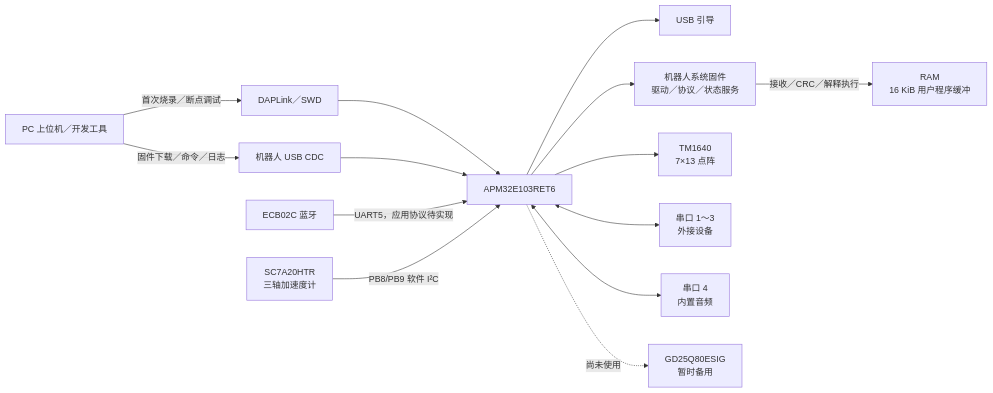
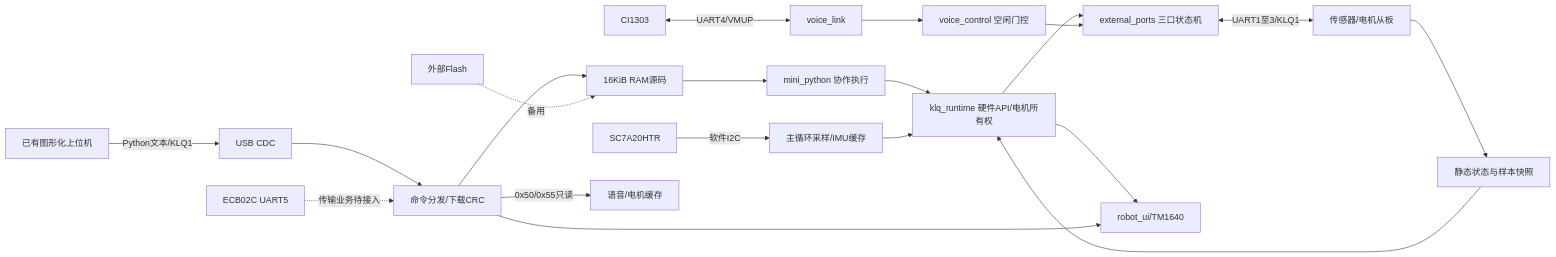
Before and after one commit to msl1831/KLQ_V2: the diagram in docs/architecture_current.md, drawn with Mermaid. The commit also changed other lines of this file and 5 other files, not shown here.

First line of the commit message:
Audit KLQ architecture and prioritize recovery and scheduling fixes

````diff
--- a/docs/architecture_current.md
+++ b/docs/architecture_current.md
@@ -19,30 +12,22 @@
 ```mermaid
 flowchart LR
-    PC[PC 上位机／开发工具]
-    DAP[DAPLink／SWD]
-    USB[机器人 USB CDC]
-    BLE[ECB02C 蓝牙]
-    MCU[APM32E103RET6]
-    BOOT[USB 引导]
-    FW[机器人系统固件<br/>驱动／协议／状态服务]
-    RAM[RAM<br/>16 KiB 用户程序缓冲]
-    LED[TM1640<br/>7×13 点阵]
-    ACC[SC7A20HTR<br/>三轴加速度计]
-    EXT[串口 1～3<br/>外接设备]
-    AUDIO[串口 4<br/>内置音频]
-    FLASH[GD25Q80ESIG<br/>暂时备用]
-
-    PC -->|固件下载／命令／日志| USB
-    PC -->|首次烧录／断点调试| DAP
-    DAP --> MCU
-    USB --> MCU
-    BLE -->|UART5，应用协议待实现| MCU
-    MCU --> BOOT
-    MCU --> FW
-    FW -->|接收／CRC／解释执行| RAM
-    MCU --> LED
-    ACC -->|PB8/PB9 软件 I²C| MCU
-    MCU <--> EXT
-    MCU <--> AUDIO
-    MCU -.->|尚未使用| FLASH
+    PC[已有图形化上位机] -->|Python文本/KLQ1| USB[USB CDC]
+    USB --> CMD[命令分发/下载CRC]
+    CMD --> RAM[16KiB RAM源码]
+    RAM --> VM[mini_python 协作执行]
+    VM --> RT[klq_runtime 硬件API/电机所有权]
+    RT --> PORT[external_ports 三口状态机]
+    PORT <-->|UART1至3/KLQ1| EXT[传感器/电机从板]
+    EXT --> CACHE[静态状态与样本快照]
+    CACHE --> RT
+    ACC[SC7A20HTR] -->|软件I2C| IMU[主循环采样/IMU缓存]
+    IMU --> RT
+    CI[CI1303] <-->|UART4/VMUP| VL[voice_link]
+    VL --> VC[voice_control 空闲门控]
+    VC --> PORT
+    RT --> UI[robot_ui/TM1640]
+    CMD --> UI
+    CMD -->|0x50/0x55只读| SNAP[语音/电机缓存]
+    BLE[ECB02C UART5] -.->|传输业务待接入| CMD
+    SPI[外部Flash] -.->|备用| RAM
 ```
````
